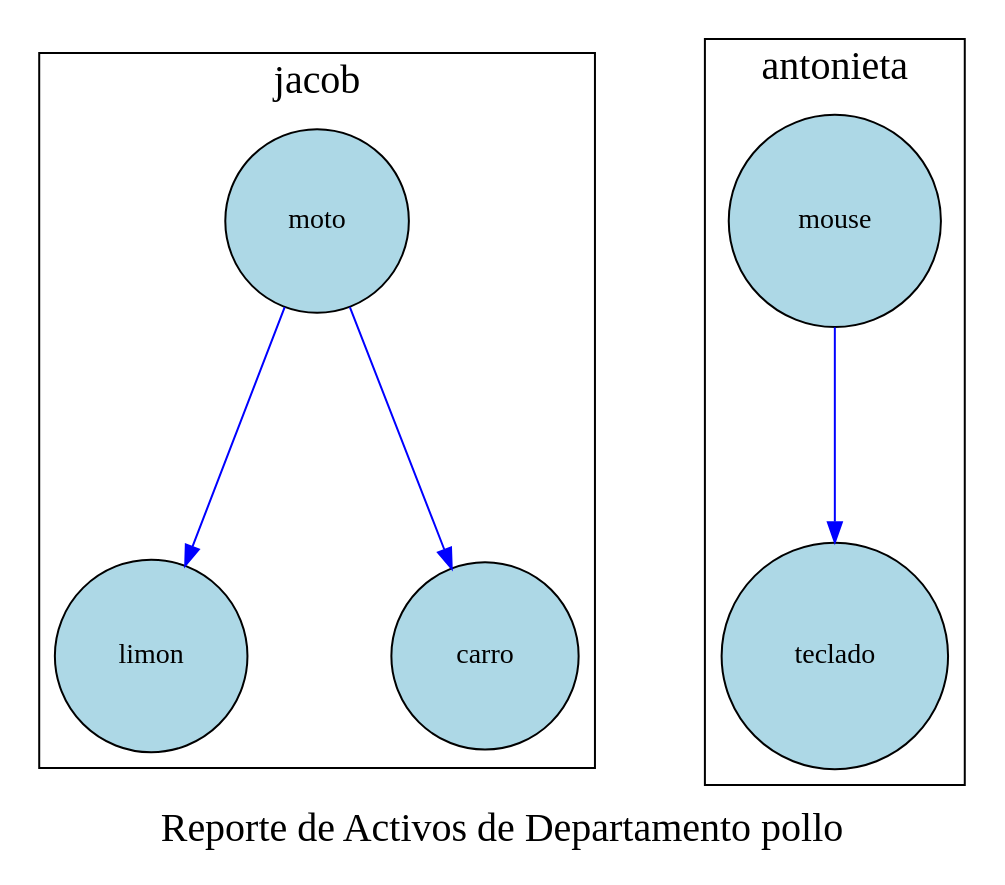
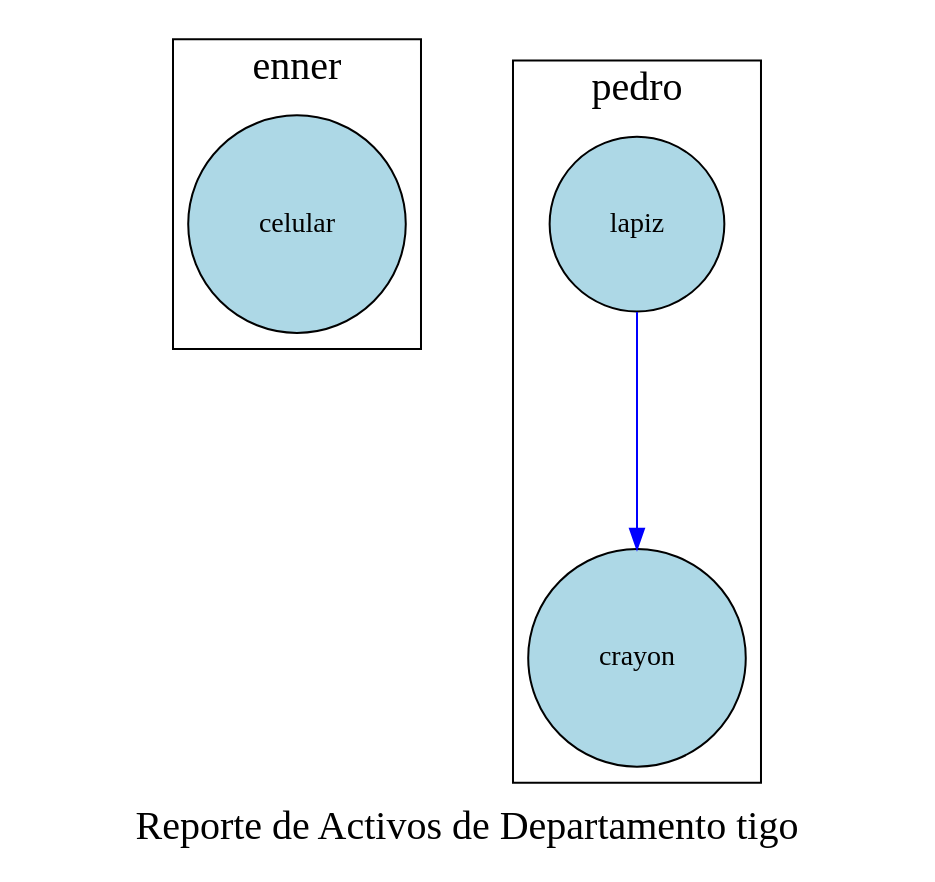
Before and after one commit to Ennero/EDD_Proyecto1_Vacas2_202302220: the diagram in Proyecto1/cmake-build-debug/reporteActivosEmpresa.dot, drawn with Graphviz. The commit also changed 25 other files, not shown here.

```diff
--- a/Proyecto1/cmake-build-debug/reporteActivosEmpresa.dot
+++ b/Proyecto1/cmake-build-debug/reporteActivosEmpresa.dot
@@ -1,29 +1,16 @@
 digraph G {
     node [shape=circle,style=filled, fillcolor=lightblue, margin=0.2];
     edge [style=solid, color=blue];
     graph [ranksep=1.5, nodesep=1];
-    graph [label="Reporte de Activos de Departamento pollo ", fontsize=20, fontcolor=black];
-subgraph cluster_juanito {
-        label="juanito";
+    graph [label="Reporte de Activos de Departamento tigo ", fontsize=20, fontcolor=black];
+subgraph cluster_enner {
+        label="enner";
+    "2ia8l7q6y679wn2" [label="celular"];
 }
-subgraph cluster_jacob {
-        label="jacob";
-    "snu75yv4n43e9kx" [label="moto"];
-    "snu75yv4n43e9kx" -> "6183i553i0mig62";
-    "6183i553i0mig62" [label="limon"];
-    "snu75yv4n43e9kx" -> "x6ro67rdxflc58q";
-    "x6ro67rdxflc58q" [label="carro"];
-}
-subgraph cluster_kevin {
-        label="kevin";
-}
-subgraph cluster_matasano {
-        label="matasano";
-}
-subgraph cluster_antonieta {
-        label="antonieta";
-    "7q292yodf40gn3h" [label="mouse"];
-    "7q292yodf40gn3h" -> "8kf16epgqc7tqg7";
-    "8kf16epgqc7tqg7" [label="teclado"];
+subgraph cluster_pedro {
+        label="pedro";
+    "u49pnu5p1b5r8m3" [label="lapiz"];
+    "u49pnu5p1b5r8m3" -> "tj8x609h837xnh2";
+    "tj8x609h837xnh2" [label="crayon"];
 }
 }
```
